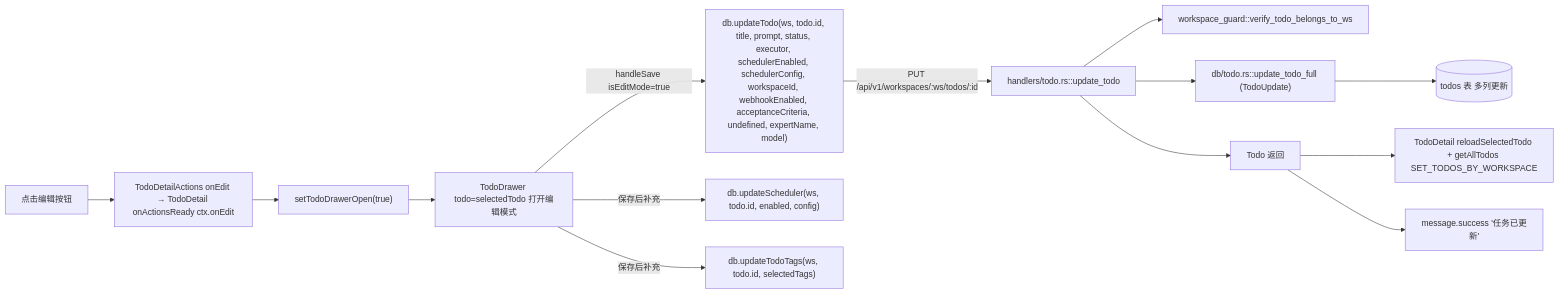
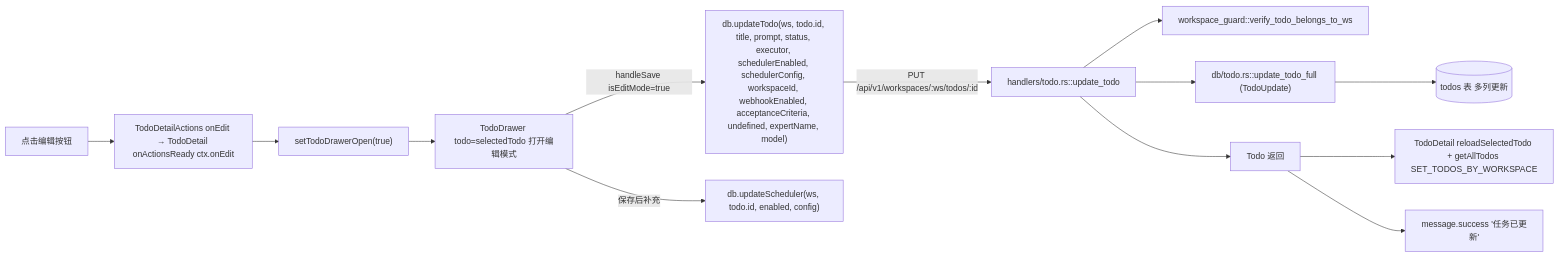
One commit to weibaohui/ntd changed the first of 4 diagrams in frontend/src/help/pages/todo-detail-edit.md. Above: the diagram before and after it, drawn with Mermaid. The commit also changed other lines of this file and 92 other files, not shown here.

````diff
--- a/frontend/src/help/pages/todo-detail-edit.md
+++ b/frontend/src/help/pages/todo-detail-edit.md
@@ -9,16 +9,15 @@
 ```mermaid
 flowchart LR
   U[点击编辑按钮] --> onEdit["TodoDetailActions onEdit → TodoDetail onActionsReady ctx.onEdit"]
   onEdit --> drawerOpen["setTodoDrawerOpen(true)"]
   drawerOpen --> TD["TodoDrawer todo=selectedTodo 打开编辑模式"]
   TD -->|handleSave isEditMode=true| FE["db.updateTodo(ws, todo.id, title, prompt, status, executor, schedulerEnabled, schedulerConfig, workspaceId, webhookEnabled, acceptanceCriteria, undefined, expertName, model)"]
   FE -->|PUT /api/v1/workspaces/:ws/todos/:id| H["handlers/todo.rs::update_todo"]
   H --> guard["workspace_guard::verify_todo_belongs_to_ws"]
   H --> DAO["db/todo.rs::update_todo_full (TodoUpdate)"]
   DAO --> T[(todos 表 多列更新)]
   TD -->|保存后补充| Sched["db.updateScheduler(ws, todo.id, enabled, config)"]
-  TD -->|保存后补充| Tags["db.updateTodoTags(ws, todo.id, selectedTags)"]
   H --> Resp["Todo 返回"]
   Resp --> reload["TodoDetail reloadSelectedTodo + getAllTodos SET_TODOS_BY_WORKSPACE"]
   Resp --> messageOk["message.success '任务已更新'"]
 ```
````
